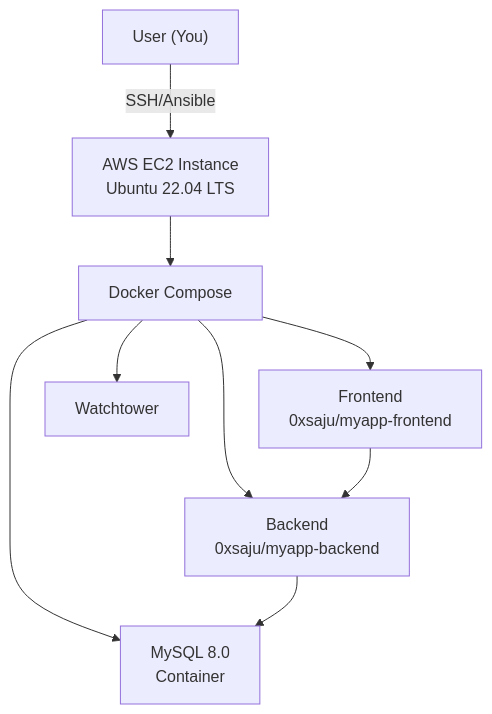
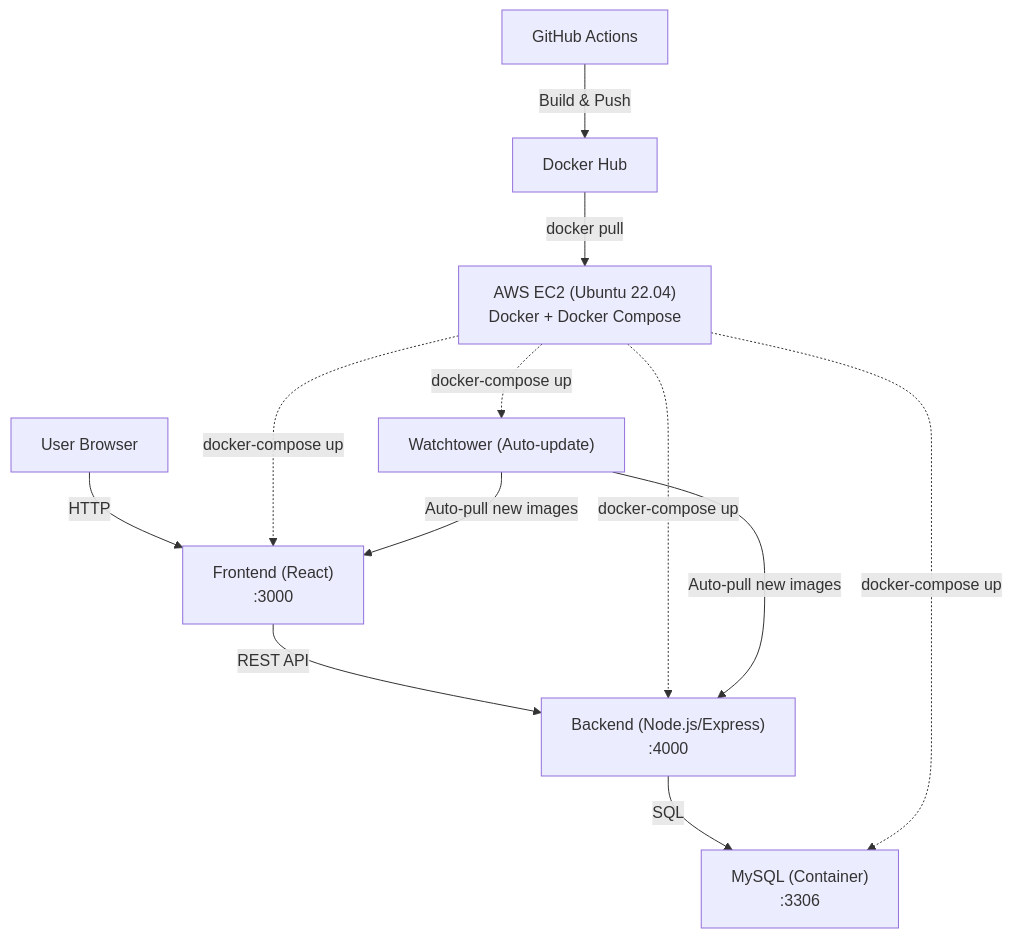
One commit to 0xsaju/gitops-learning changed the diagram in README.md. Above: the diagram before and after it, drawn with Mermaid.

Commit message:
system arch updated

````diff
--- a/README.md
+++ b/README.md
@@ -5,19 +5,24 @@
 ```mermaid
-graph TD
-  User["User (You)"]
-  AWS["AWS EC2 Instance<br/>Ubuntu 22.04 LTS"]
-  Compose["Docker Compose"]
-  Backend["Backend<br/>0xsaju/myapp-backend"]
-  Frontend["Frontend<br/>0xsaju/myapp-frontend"]
-  MySQL["MySQL 8.0<br/>Container"]
-  Watchtower["Watchtower"]
+flowchart TD
+  User["User Browser"]
+  FE["Frontend (React)\n:3000"]
+  BE["Backend (Node.js/Express)\n:4000"]
+  SQL["MySQL (Container)\n:3306"]
+  WT["Watchtower (Auto-update)"]
+  GH["GitHub Actions"]
+  DH["Docker Hub"]
+  VM["AWS EC2 (Ubuntu 22.04)\nDocker + Docker Compose"]
 
-  User -->|SSH/Ansible| AWS
-  AWS --> Compose
-  Compose --> Backend
-  Compose --> Frontend
-  Compose --> MySQL
-  Compose --> Watchtower
-  Backend --> MySQL
-  Frontend --> Backend
+  User -- "HTTP" --> FE
+  FE -- "REST API" --> BE
+  BE -- "SQL" --> SQL
+
+  GH -- "Build & Push" --> DH
+  DH -- "docker pull" --> VM
+  VM -. "docker-compose up" .-> FE
+  VM -. "docker-compose up" .-> BE
+  VM -. "docker-compose up" .-> SQL
+  VM -. "docker-compose up" .-> WT
+  WT -- "Auto-pull new images" --> FE
+  WT -- "Auto-pull new images" --> BE
 ```
````
